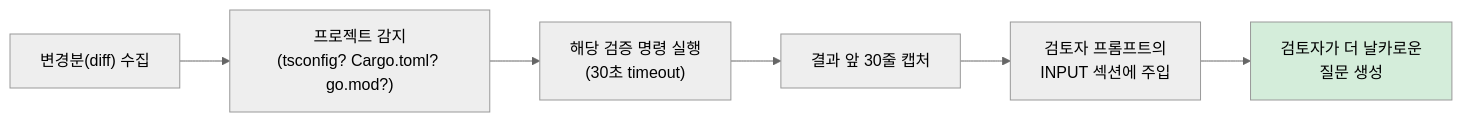
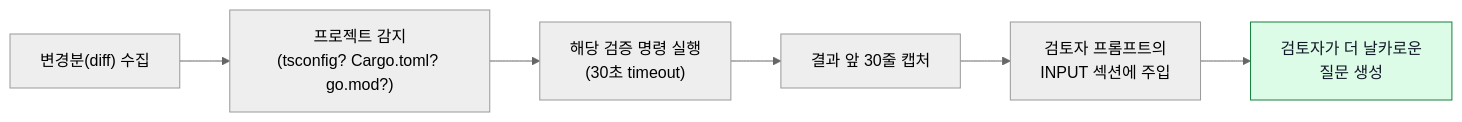
Before and after one commit to Jimmy-Jung/ai-symbiote: the eighth of 12 diagrams in docs/09-검증-레이어-동작원리.md, drawn with Mermaid (neutral theme). The commit also changed other lines of this file and 10 other files, not shown here.

Commit message:
docs(mermaid): 다이어그램 대비 색상 개선

````diff
--- a/docs/09-검증-레이어-동작원리.md
+++ b/docs/09-검증-레이어-동작원리.md
@@ -271,10 +271,10 @@
 ```mermaid
 flowchart LR
     A["변경분(diff) 수집"] --> B["프로젝트 감지<br/>(tsconfig? Cargo.toml? go.mod?)"]
     B --> C["해당 검증 명령 실행<br/>(30초 timeout)"]
     C --> D["결과 앞 30줄 캡처"]
     D --> E["검토자 프롬프트의<br/>INPUT 섹션에 주입"]
     E --> F["검토자가 더 날카로운<br/>질문 생성"]
 
-    style F fill:#d4edda
+    style F fill:#dcfce7,stroke:#15803d,color:#111827
 ```
````
